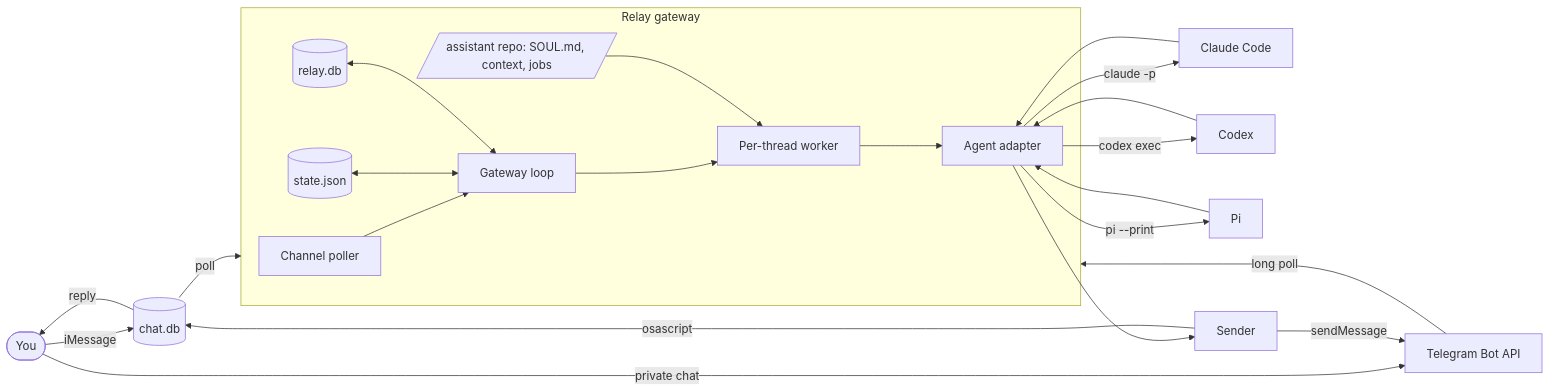
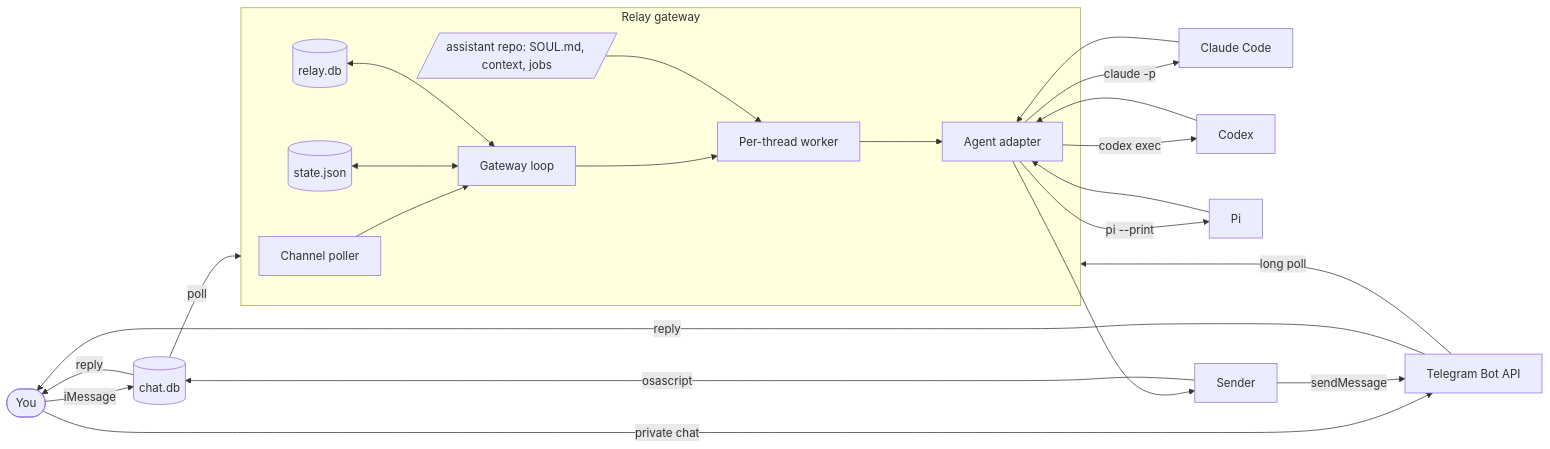
Before and after one commit to edheltzel/Relay: the first of 2 diagrams in docs/architecture.md, drawn with Mermaid. The commit also changed other lines of this file and 14 other files, not shown here.

````diff
--- a/docs/architecture.md
+++ b/docs/architecture.md
@@ -64,25 +64,26 @@
 ```mermaid
 flowchart LR
     user([You]) -->|iMessage| db[(chat.db)]
     user -->|private chat| tg[Telegram Bot API]
     db -->|poll| relay
     tg -->|long poll| relay
     subgraph relay[Relay gateway]
         poller[Channel poller] --> gateway[Gateway loop]
         gateway --> worker[Per-thread worker]
         store[(state.json)] <--> gateway
         history[(relay.db)] <--> gateway
         assistant[/assistant repo: SOUL.md, context, jobs/] --> worker
         worker --> adapter[Agent adapter]
     end
     adapter -->|claude -p| claude[Claude Code]
     adapter -->|codex exec| codex[Codex]
     adapter -->|pi --print| pi[Pi]
     claude --> adapter
     codex --> adapter
     pi --> adapter
     adapter --> sender[Sender]
     sender -->|osascript| db
     sender -->|sendMessage| tg
     db -->|reply| user
+    tg -->|reply| user
 ```
````
